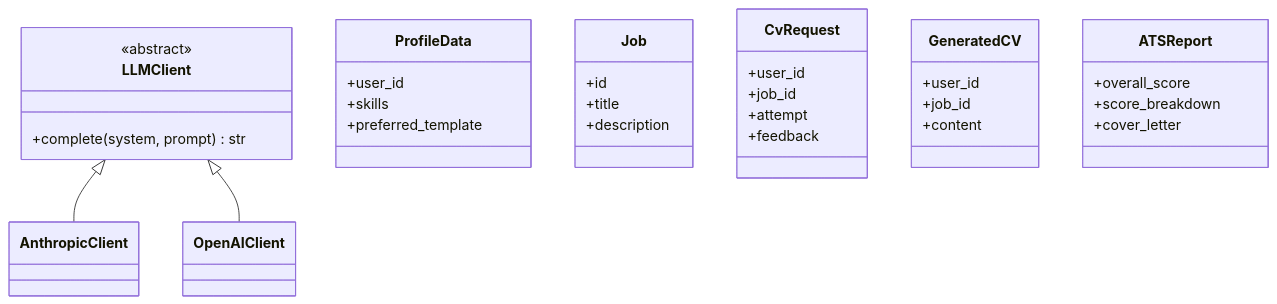
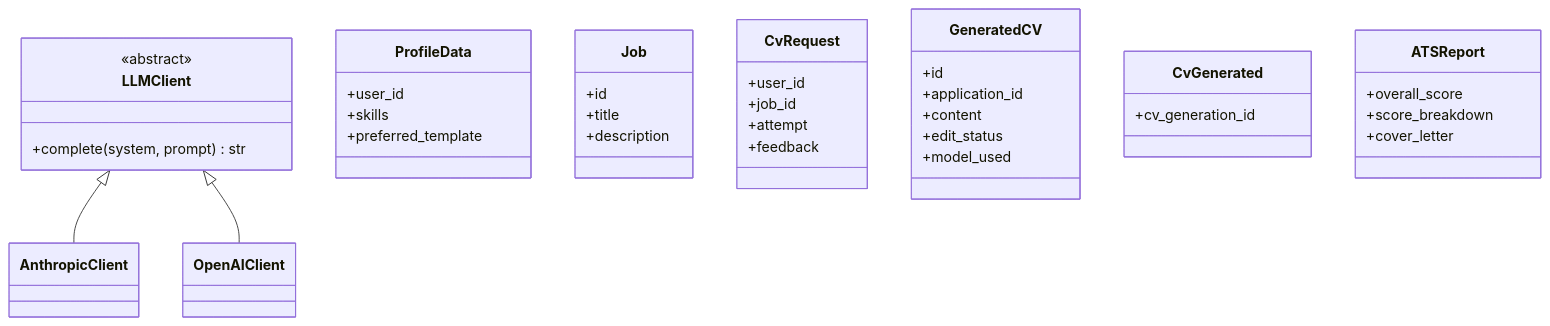
The first of 9 diagrams in docs/CLASS_DIAGRAM.md (Tooltu-deve/Autonomous-Career-Agent), drawn with Mermaid before and after one commit. The commit also changed other lines of this file and 1 other file, not shown here.

Commit message:
docs(libs): record contract alignment (F1-F5) and update class diagram

````diff
--- a/docs/CLASS_DIAGRAM.md
+++ b/docs/CLASS_DIAGRAM.md
@@ -25,36 +25,41 @@
 ```mermaid
 classDiagram
     class LLMClient {
         <<abstract>>
         +complete(system, prompt) str
     }
     LLMClient <|-- AnthropicClient
     LLMClient <|-- OpenAIClient
 
     class ProfileData {
         +user_id
         +skills
         +preferred_template
     }
     class Job {
         +id
         +title
         +description
     }
     class CvRequest {
         +user_id
         +job_id
         +attempt
         +feedback
     }
     class GeneratedCV {
-        +user_id
-        +job_id
+        +id
+        +application_id
         +content
+        +edit_status
+        +model_used
+    }
+    class CvGenerated {
+        +cv_generation_id
     }
     class ATSReport {
         +overall_score
         +score_breakdown
         +cover_letter
     }
 ```
````
